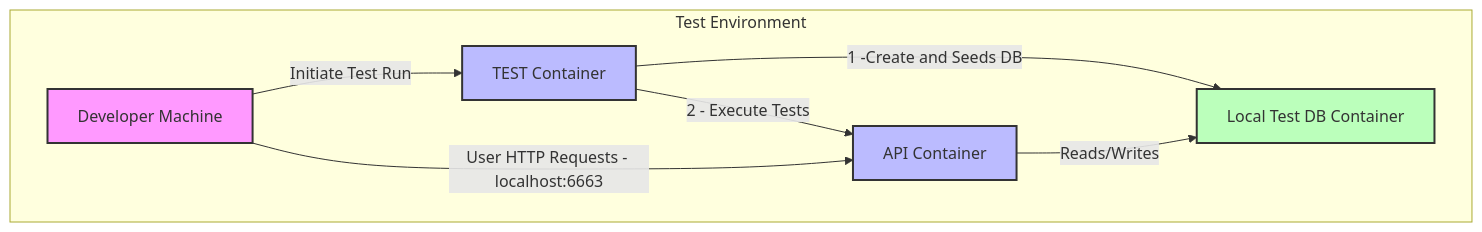
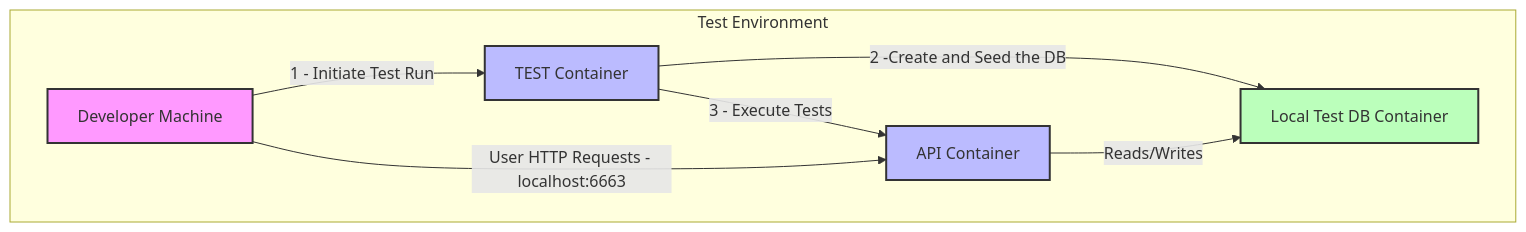
The second of 2 diagrams in api-demo/README.md (justinl-y/demo-platform), drawn with Mermaid before and after one commit. The commit also changed other lines of this file and 17 other files, not shown here.

````diff
--- a/api-demo/README.md
+++ b/api-demo/README.md
@@ -35,18 +35,18 @@
 ```mermaid
 flowchart TB
     subgraph Test Environment
         E[Developer Machine]
 
-        E -->|Initiate Test Run| F[TEST Container]
+        E -->|1 - Initiate Test Run| F[TEST Container]
         E -->|User HTTP Requests - localhost:6663| H[API Container]
 
-        F -->|1 -Create and Seeds DB| G[Local Test DB Container]
-        F -->|2 - Execute Tests| H
+        F -->|2 -Create and Seed the DB| G[Local Test DB Container]
+        F -->|3 - Execute Tests| H
         H -->|Reads/Writes| G
     end
 
     style E fill:#f9f,stroke:#333,stroke-width:2px
     style F fill:#bbf,stroke:#333,stroke-width:2px
     style G fill:#bfb,stroke:#333,stroke-width:2px
     style H fill:#bbf,stroke:#333,stroke-width:2px
 ```
````
